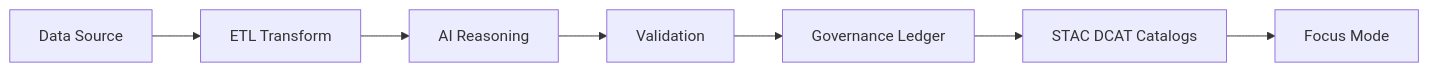
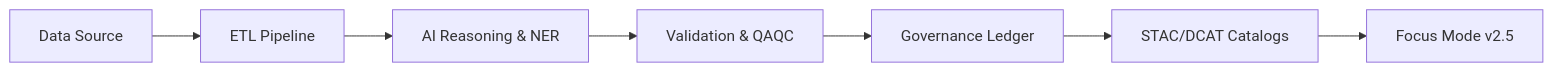
Before and after one commit to bartytime4life/Kansas-Frontier-Matrix: the third of 4 diagrams in README.md, drawn with Mermaid. The commit also changed other lines of this file, not shown here.

````diff
--- a/README.md
+++ b/README.md
@@ -130,9 +104,9 @@
 ```mermaid
 flowchart LR
-    A[Data Source] --> B[ETL Transform]
-    B --> C[AI Reasoning]
-    C --> D[Validation]
+    A[Data Source] --> B[ETL Pipeline]
+    B --> C[AI Reasoning & NER]
+    C --> D[Validation & QAQC]
     D --> E[Governance Ledger]
-    E --> F[STAC DCAT Catalogs]
-    F --> G[Focus Mode]
+    E --> F[STAC/DCAT Catalogs]
+    F --> G[Focus Mode v2.5]
 ```
````
